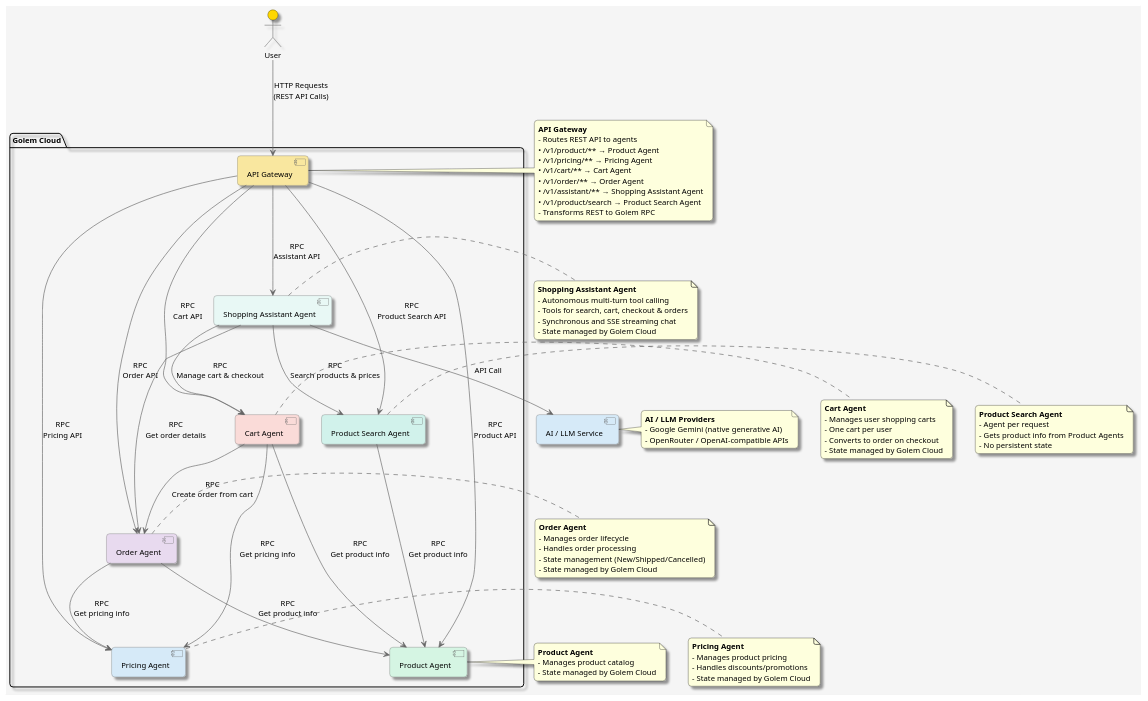
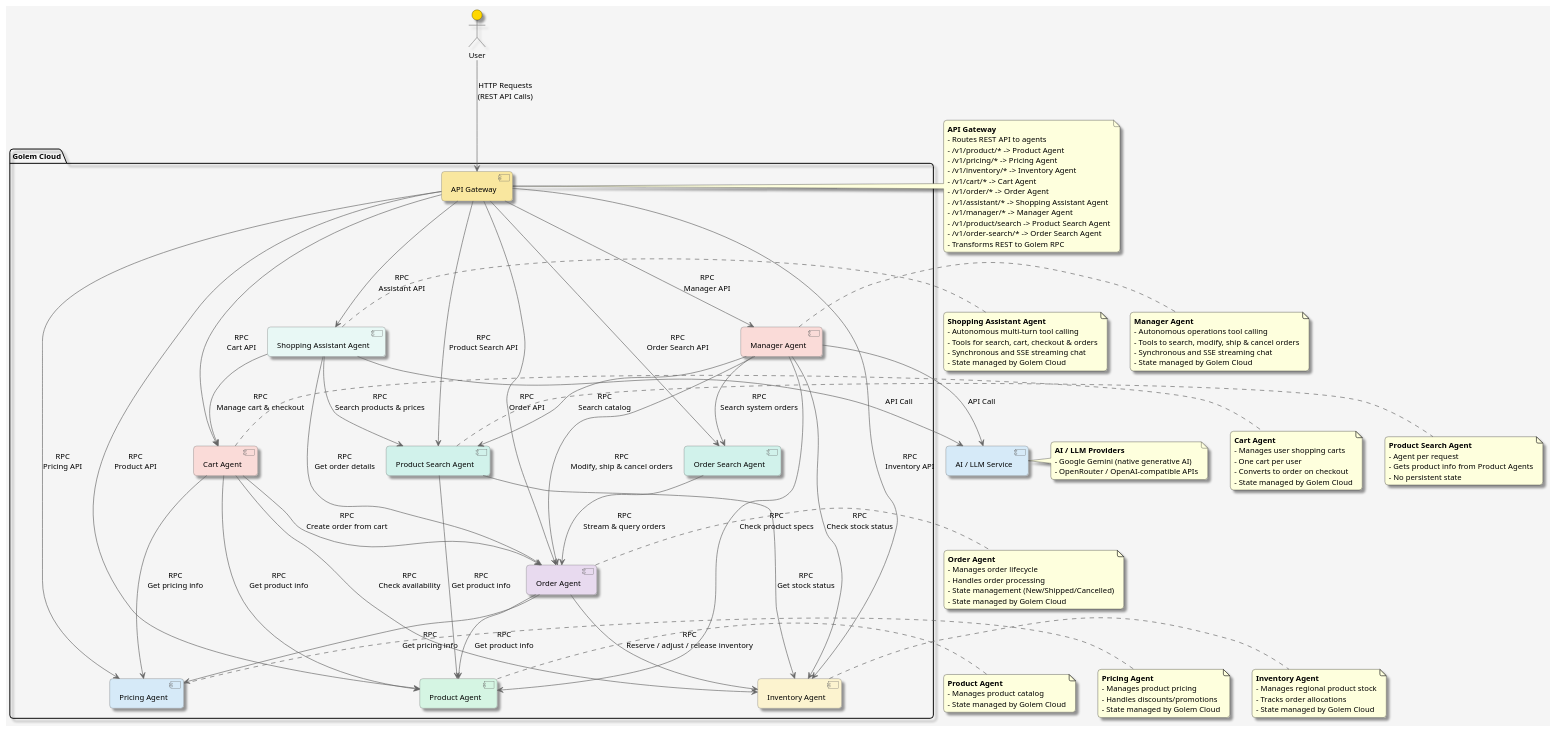
Before and after one commit to justcoon/golem-shopping-effect: the diagram in architecture.puml, drawn with PlantUML. The commit also changed 54 other files, not shown here.

Commit message:
manager, inventory (#6)

```diff
--- a/architecture.puml
+++ b/architecture.puml
@@ -1,119 +1,157 @@
 @startuml Golem Shopping Architecture
 
 ' Define styles
 skinparam componentStyle uml2
 skinparam backgroundColor #F5F5F5
 skinparam defaultFontName Arial
 skinparam defaultFontSize 12
 skinparam roundcorner 10
 skinparam shadowing true
 skinparam ArrowColor #666666
 skinparam ComponentBackgroundColor #E8E8E8
 skinparam ComponentBorderColor #666666
 
 ' Define components
 actor "User" as user #FFD700
 
 package "Golem Cloud" {
     [API Gateway] as gateway #F9E79F
     [Product Agent] as product #D5F5E3
     [Pricing Agent] as pricing #D6EAF8
+    [Inventory Agent] as inventory #FCF3CF
     [Cart Agent] as cart #FADBD8
     [Order Agent] as order #E8DAEF
     [Product Search Agent] as product_search #D1F2EB
+    [Order Search Agent] as order_search #D1F2EB
     [Shopping Assistant Agent] as assistant #E8F8F5
+    [Manager Agent] as manager #FADBD8
 }
+
+' External Services
+[AI / LLM Service] as llm #D6EAF8
 
 ' Define relationships
 user --> gateway : "HTTP Requests\n(REST API Calls)"
 
 gateway --> product : "RPC\nProduct API"
 gateway --> pricing : "RPC\nPricing API"
+gateway --> inventory : "RPC\nInventory API"
 gateway --> cart : "RPC\nCart API"
 gateway --> order : "RPC\nOrder API"
 gateway --> product_search : "RPC\nProduct Search API"
+gateway --> order_search : "RPC\nOrder Search API"
 gateway --> assistant : "RPC\nAssistant API"
+gateway --> manager : "RPC\nManager API"
 
 ' Agent-to-agent communication
 cart --> product : "RPC\nGet product info"
 cart --> pricing : "RPC\nGet pricing info"
+cart --> inventory : "RPC\nCheck availability"
 cart --> order : "RPC\nCreate order from cart"
 order --> product : "RPC\nGet product info"
 order --> pricing : "RPC\nGet pricing info"
+order --> inventory : "RPC\nReserve / adjust / release inventory"
 product_search --> product : "RPC\nGet product info"
+product_search --> inventory : "RPC\nGet stock status"
 
 ' Shopping Assistant relationships (Autonomous Tool Execution)
 assistant --> product_search : "RPC\nSearch products & prices"
 assistant --> cart : "RPC\nManage cart & checkout"
 assistant --> order : "RPC\nGet order details"
 
+' Order Search relationships
+order_search --> order : "RPC\nStream & query orders"
+
+' Manager Assistant relationships
+manager --> order : "RPC\nModify, ship & cancel orders"
+manager --> order_search : "RPC\nSearch system orders"
+manager --> product : "RPC\nCheck product specs"
+manager --> inventory : "RPC\nCheck stock status"
+manager --> product_search : "RPC\nSearch catalog"
+
+' LLM Service connections
+assistant --> llm : "API Call"
+manager --> llm : "API Call"
+
 ' Add notes
 note right of gateway
   <b>API Gateway</b>
   - Routes REST API to agents
-  • /v1/product/** → Product Agent
-  • /v1/pricing/** → Pricing Agent
-  • /v1/cart/** → Cart Agent
-  • /v1/order/** → Order Agent
-  • /v1/assistant/** → Shopping Assistant Agent
-  • /v1/product/search → Product Search Agent
+  - /v1/product/* -> Product Agent
+  - /v1/pricing/* -> Pricing Agent
+  - /v1/inventory/* -> Inventory Agent
+  - /v1/cart/* -> Cart Agent
+  - /v1/order/* -> Order Agent
+  - /v1/assistant/* -> Shopping Assistant Agent
+  - /v1/manager/* -> Manager Agent
+  - /v1/product/search -> Product Search Agent
+  - /v1/order-search/* -> Order Search Agent
   - Transforms REST to Golem RPC
 end note
 
 note right of product
   <b>Product Agent</b>
   - Manages product catalog
   - State managed by Golem Cloud
 end note
 
 note right of pricing
   <b>Pricing Agent</b>
   - Manages product pricing
   - Handles discounts/promotions
+  - State managed by Golem Cloud
+end note
+
+note right of inventory
+  <b>Inventory Agent</b>
+  - Manages regional product stock
+  - Tracks order allocations
   - State managed by Golem Cloud
 end note
 
 note right of cart
   <b>Cart Agent</b>
   - Manages user shopping carts
   - One cart per user
   - Converts to order on checkout
   - State managed by Golem Cloud
 end note
 
 note right of order
   <b>Order Agent</b>
   - Manages order lifecycle
   - Handles order processing
   - State management (New/Shipped/Cancelled)
   - State managed by Golem Cloud
 end note
 
 note right of product_search
   <b>Product Search Agent</b>
   - Agent per request
   - Gets product info from Product Agents
   - No persistent state
 end note
 
-' External Services
-[AI / LLM Service] as llm #D6EAF8
-
-' Connect LLM to Shopping Assistant
-assistant --> llm : "API Call"
-
 note right of llm
   <b>AI / LLM Providers</b>
   - Google Gemini (native generative AI)
   - OpenRouter / OpenAI-compatible APIs
 end note
 
 note right of assistant
   <b>Shopping Assistant Agent</b>
   - Autonomous multi-turn tool calling
   - Tools for search, cart, checkout & orders
   - Synchronous and SSE streaming chat
   - State managed by Golem Cloud
 end note
 
+note right of manager
+  <b>Manager Agent</b>
+  - Autonomous operations tool calling
+  - Tools to search, modify, ship & cancel orders
+  - Synchronous and SSE streaming chat
+  - State managed by Golem Cloud
+end note
+
 @enduml
```
